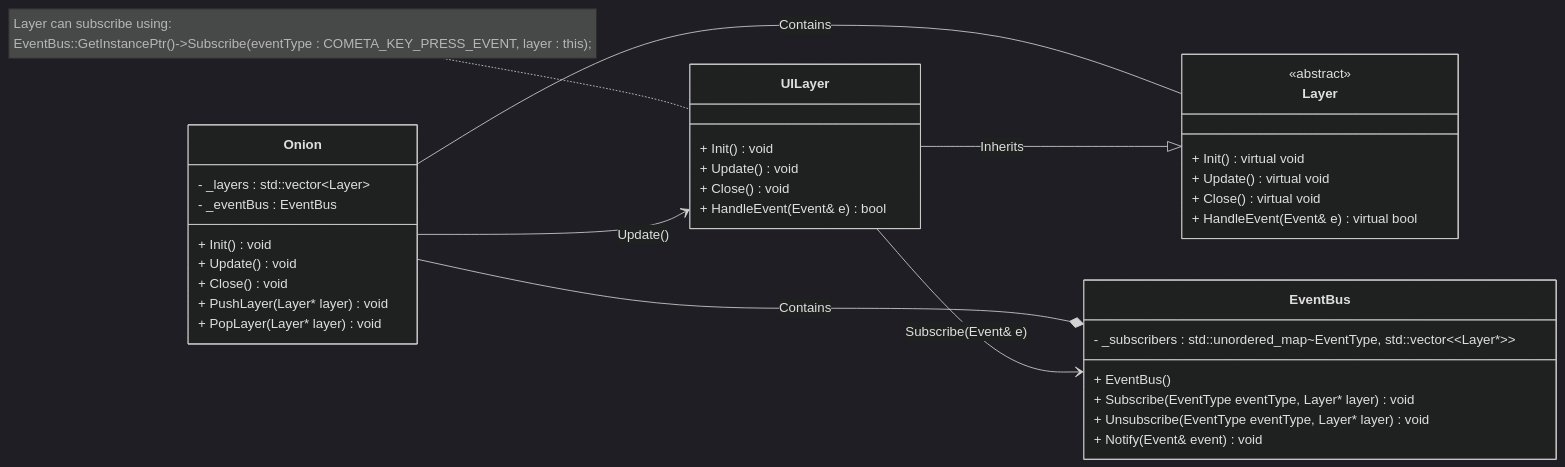
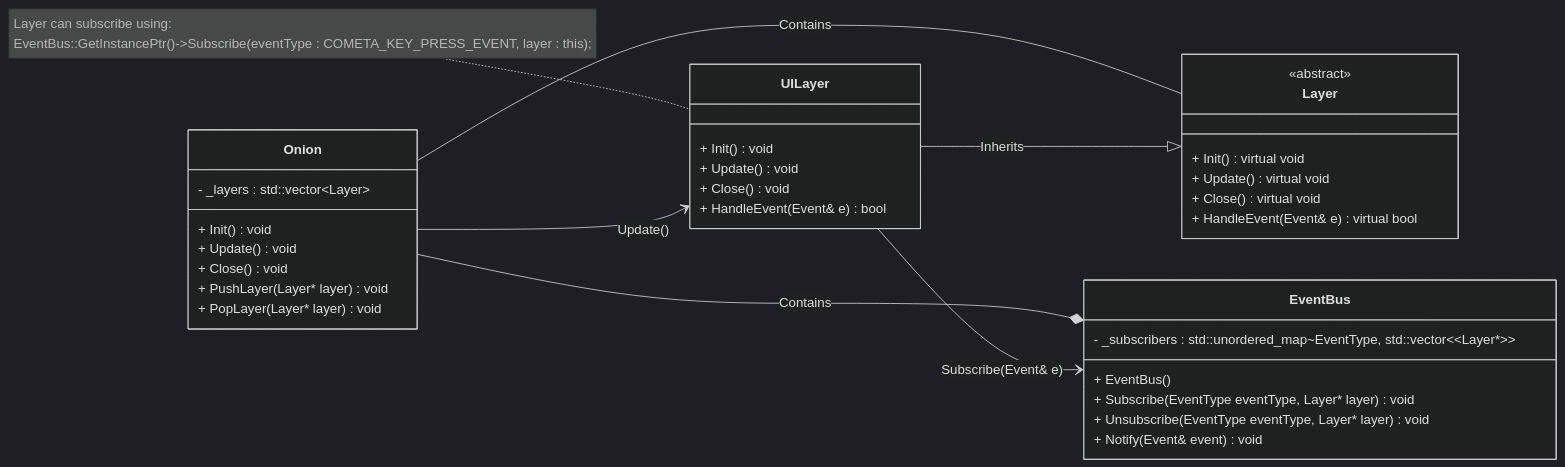
Before and after one commit to kupehtci/Cometa: the diagram in diagrams/event_system.mermaid, drawn with Mermaid (dark theme). The commit also changed 10 other files, not shown here.

```diff
--- a/diagrams/event_system.mermaid
+++ b/diagrams/event_system.mermaid
@@ -1,50 +1,50 @@
 
 classDiagram
     direction LR
 
     class EventBus{
         - _subscribers : std::unordered_map~EventType, std::vector~~Layer*~~
 
         + EventBus()
         + Subscribe(EventType eventType, Layer* layer) void
         + Unsubscribe(EventType eventType, Layer* layer) void
         + Notify(Event& event) void
     }
 
 
     class Onion{
         - _layers : std::vector~Layer~
-        - _eventBus : EventBus
+        %% - _eventBus : EventBus
 
         + Init()    void
         + Update()  void
         + Close()   void
         + PushLayer(Layer* layer)   void
         + PopLayer(Layer* layer)    void
     }
 
     Onion --  Layer     : Contains
     Onion --* EventBus  : Contains
     Onion --> UILayer   : Update()
 
     class Layer{
         <<abstract>>
         + Init()                    virtual void
         + Update()                  virtual void
         + Close()                   virtual void
         + HandleEvent(Event& e)     virtual bool
     }
 
     note for UILayer "Layer can subscribe using:
                       EventBus::GetInstancePtr()->Subscribe(eventType : COMETA_KEY_PRESS_EVENT, layer : this);"
 
     class UILayer{
         + Init()                    void
         + Update()                  void
         + Close()                   void
         + HandleEvent(Event& e)     bool
     }
 
     UILayer --|> Layer : Inherits
 
     UILayer --> EventBus : Subscribe(Event& e)
```
